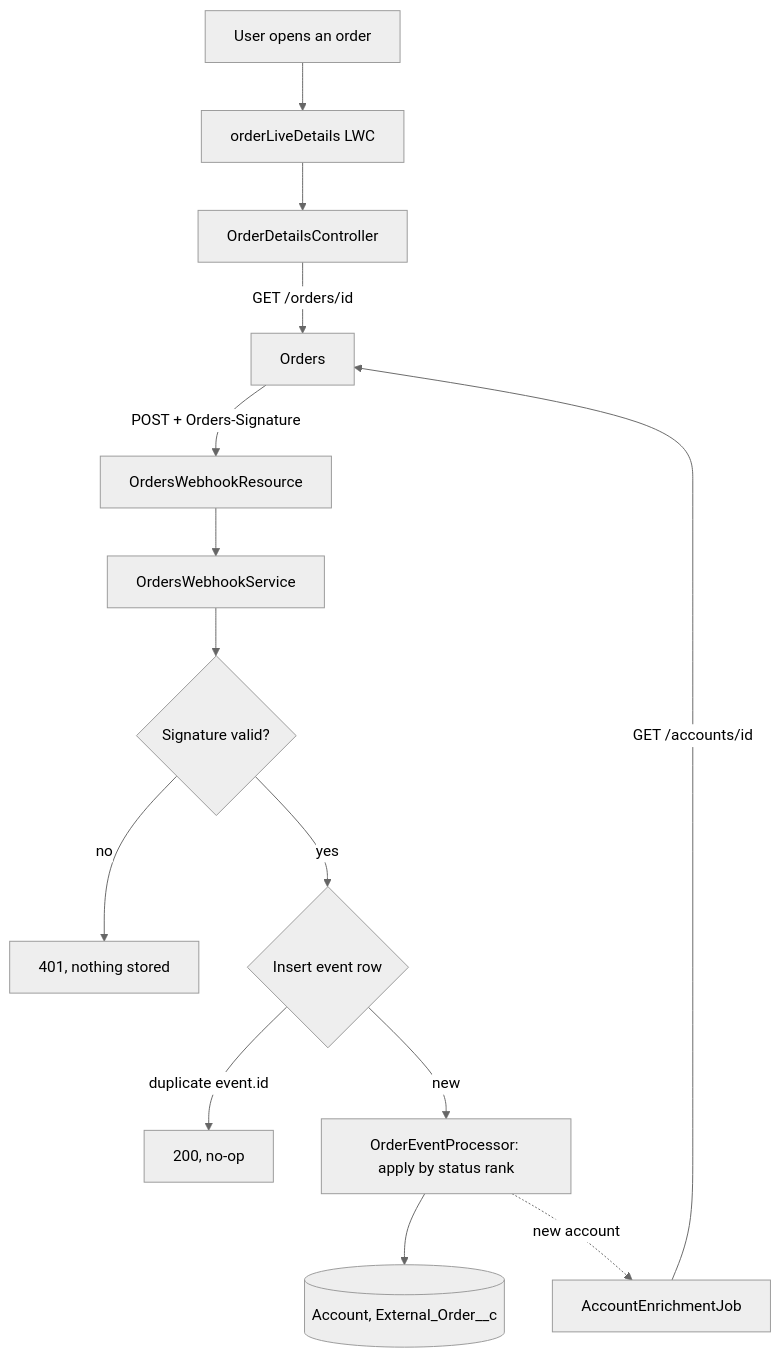
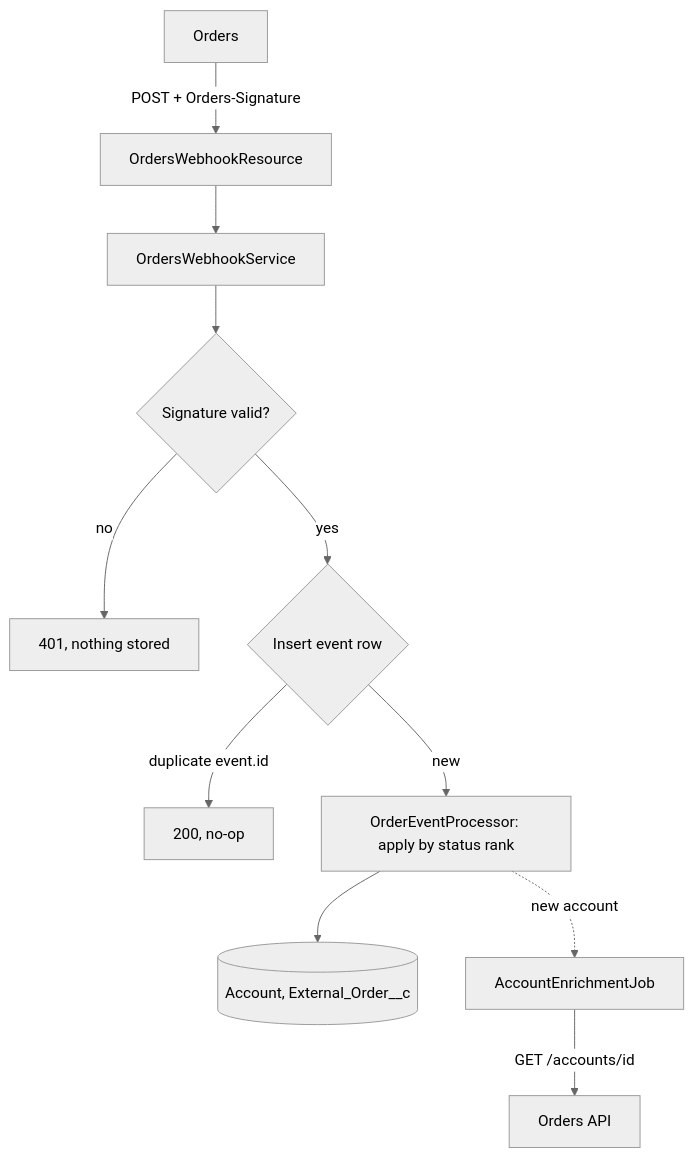
Before and after one commit to mquiller/GAPInterview: the first of 2 diagrams in README.md, drawn with Mermaid (neutral theme). The commit also changed other lines of this file, not shown here.

Commit message:
Split diagram to make sense

````diff
--- a/README.md
+++ b/README.md
@@ -41,16 +45,13 @@
 ```mermaid
 flowchart TD
     O[Orders] -->|POST + Orders-Signature| R[OrdersWebhookResource]
     R --> S[OrdersWebhookService]
     S --> V{Signature valid?}
     V -->|no| X[401, nothing stored]
     V -->|yes| C{Insert event row}
     C -->|duplicate event.id| D[200, no-op]
     C -->|new| P[OrderEventProcessor: apply by status rank]
     P --> DB[(Account, External_Order__c)]
     P -.new account.-> J[AccountEnrichmentJob]
-    J -->|GET /accounts/id| O
-    U[User opens an order] --> L[orderLiveDetails LWC]
-    L --> A[OrderDetailsController]
-    A -->|GET /orders/id| O
+    J -->|GET /accounts/id| A[Orders API]
 ```
````
